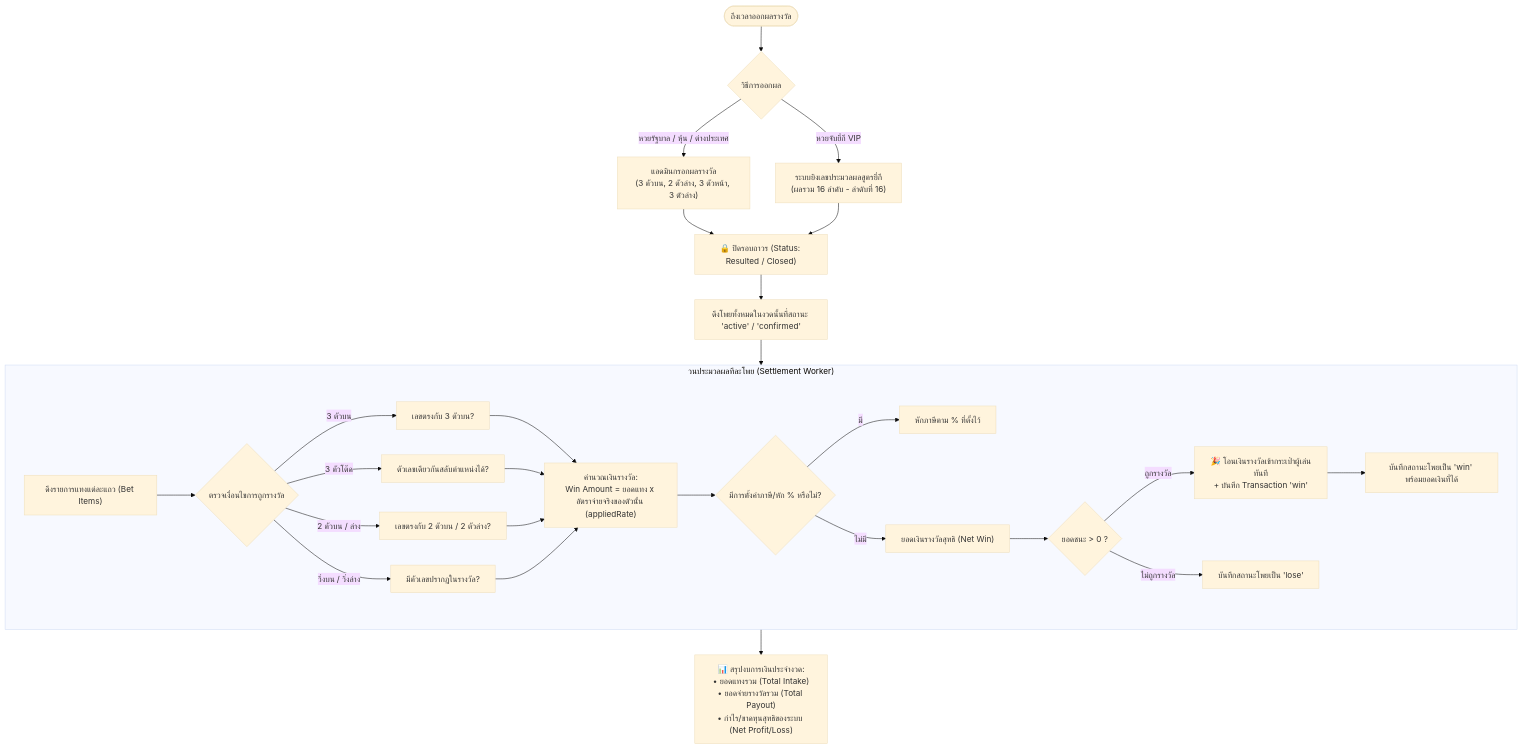
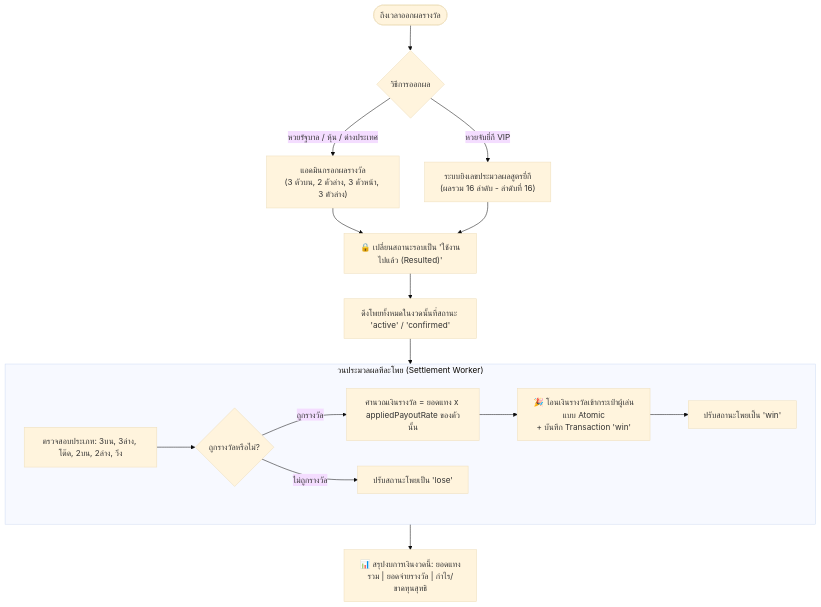
The seventh of 7 diagrams in LOTTERY_CORE_SYSTEM_ARCHITECTURE_DOC.md (ninekau0907151987/-ak88-lotto), drawn with Mermaid (base theme) before and after one commit. The commit also changed other lines of this file, not shown here.

Commit message:
docs: update core architecture to reflect 3-step risk engine, dual-mode reduction, and live quick cut

````diff
--- a/LOTTERY_CORE_SYSTEM_ARCHITECTURE_DOC.md
+++ b/LOTTERY_CORE_SYSTEM_ARCHITECTURE_DOC.md
@@ -206,35 +284,21 @@
 ```mermaid
 flowchart TD
     DrawStart(["ถึงเวลาออกผลรางวัล"]) --> InputResult{"วิธีการออกผล"}
 
     InputResult -- "หวยรัฐบาล / หุ้น / ต่างประเทศ" --> AdminInput["แอดมินกรอกผลรางวัล<br/>(3 ตัวบน, 2 ตัวล่าง, 3 ตัวหน้า, 3 ตัวล่าง)"]
     InputResult -- "หวยจับยี่กี VIP" --> YeekeeAuto["ระบบยิงเลขประมวลผลสูตรยี่กี<br/>(ผลรวม 16 ลำดับ - ลำดับที่ 16)"]
 
-    AdminInput --> LockRound["🔒 ปิดรอบถาวร (Status: Resulted / Closed)"]
-    YeekeeAuto --> LockRound
-
+    AdminInput & YeekeeAuto --> LockRound["🔒 เปลี่ยนสถานะรอบเป็น 'ใช้งานไปแล้ว (Resulted)'"]
     LockRound --> QueryTickets["ดึงโพยทั้งหมดในงวดนั้นที่สถานะ 'active' / 'confirmed'"]
 
     subgraph SettlementLoop["วนประมวลผลทีละโพย (Settlement Worker)"]
-        Q1["ดึงรายการแทงแต่ละแถว (Bet Items)"] --> Q2{"ตรวจเงื่อนไขการถูกรางวัล"}
-        
-        Q2 -- "3 ตัวบน" --> Check3Top["เลขตรงกับ 3 ตัวบน?"]
-        Q2 -- "3 ตัวโต๊ด" --> Check3Tod["ตัวเลขเดียวกันสลับตำแหน่งได้?"]
-        Q2 -- "2 ตัวบน / ล่าง" --> Check2["เลขตรงกับ 2 ตัวบน / 2 ตัวล่าง?"]
-        Q2 -- "วิ่งบน / วิ่งล่าง" --> CheckRun["มีตัวเลขปรากฏในรางวัล?"]
-
-        Check3Top & Check3Tod & Check2 & CheckRun --> CalcWin["คำนวณเงินรางวัล:<br/>Win Amount = ยอดแทง x อัตราจ่ายจริงของตัวนั้น (appliedRate)"]
-        
-        CalcWin --> TaxCheck{"มีการตั้งค่าภาษี/หัก % หรือไม่?"}
-        TaxCheck -- "มี" --> DeductTax["หักภาษีตาม % ที่ตั้งไว้"]
-        TaxCheck -- "ไม่มี" --> NetWin["ยอดเงินรางวัลสุทธิ (Net Win)"]
-
-        NetWin --> WinResult{"ยอดชนะ > 0 ?"}
-        WinResult -- "ถูกรางวัล" --> CreditUser["🎉 โอนเงินรางวัลเข้ากระเป๋าผู้เล่นทันที<br/>+ บันทึก Transaction 'win'"]
-        WinResult -- "ไม่ถูกรางวัล" --> MarkLose["บันทึกสถานะโพยเป็น 'lose'"]
-        CreditUser --> MarkWin["บันทึกสถานะโพยเป็น 'win' พร้อมยอดเงินที่ได้"]
+        Q1["ตรวจสอบประเภท: 3บน, 3ล่าง, โต๊ด, 2บน, 2ล่าง, วิ่ง"] --> Q2{"ถูกรางวัลหรือไม่?"}
+        Q2 -- "ถูกรางวัล" --> CalcWin["คำนวณเงินรางวัล = ยอดแทง x appliedPayoutRate ของตัวนั้น"]
+        CalcWin --> CreditUser["🎉 โอนเงินรางวัลเข้ากระเป๋าผู้เล่นแบบ Atomic<br/>+ บันทึก Transaction 'win'"]
+        CreditUser --> MarkWin["ปรับสถานะโพยเป็น 'win'"]
+        Q2 -- "ไม่ถูกรางวัล" --> MarkLose["ปรับสถานะโพยเป็น 'lose'"]
     end
 
     QueryTickets --> SettlementLoop
-    SettlementLoop --> SettleSummary["📊 สรุปงบการเงินประจำงวด:<br/>• ยอดแทงรวม (Total Intake)<br/>• ยอดจ่ายรางวัลรวม (Total Payout)<br/>• กำไร/ขาดทุนสุทธิของระบบ (Net Profit/Loss)"]
+    SettlementLoop --> SettleSummary["📊 สรุปงบการเงินงวดนี้: ยอดแทงรวม | ยอดจ่ายรางวัล | กำไร/ขาดทุนสุทธิ"]
 ```
````
